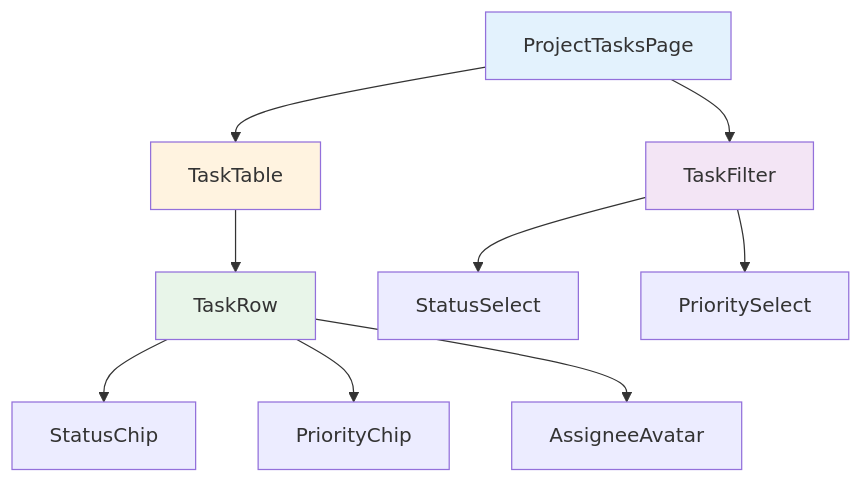
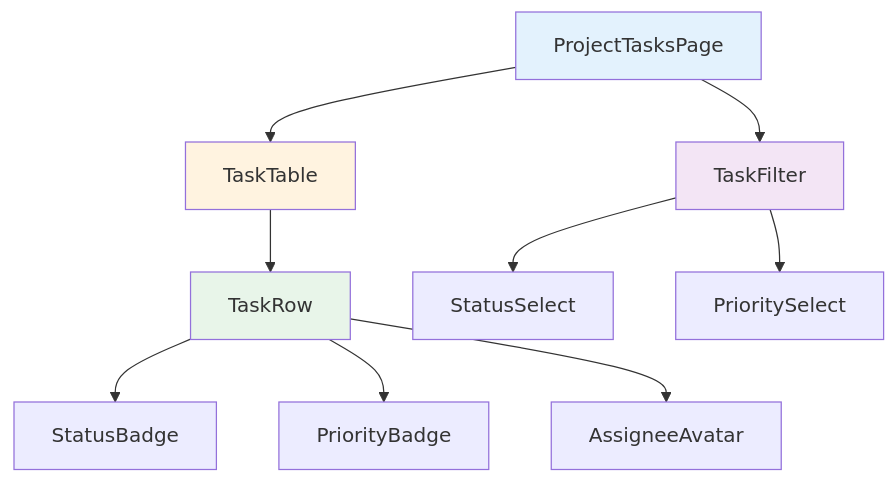
Before and after one commit to kouiso/task-app: the diagram in material/30days-curriculum/day13_タスク一覧画面.md, drawn with Mermaid. The commit also changed other lines of this file and 19 other files, not shown here.

````diff
--- a/material/30days-curriculum/day13_タスク一覧画面.md
+++ b/material/30days-curriculum/day13_タスク一覧画面.md
@@ -15,18 +15,18 @@
 ```mermaid
 graph TD
     A[ProjectTasksPage] --> B[TaskFilter]
     A --> C[TaskTable]
 
     C --> D[TaskRow]
-    D --> E[StatusChip]
-    D --> F[PriorityChip]
+    D --> E[StatusBadge]
+    D --> F[PriorityBadge]
     D --> G[AssigneeAvatar]
 
     B --> H[StatusSelect]
     B --> I[PrioritySelect]
 
     style A fill:#e3f2fd
     style C fill:#fff3e0
     style D fill:#e8f5e9
     style B fill:#f3e5f5
 ```
````
